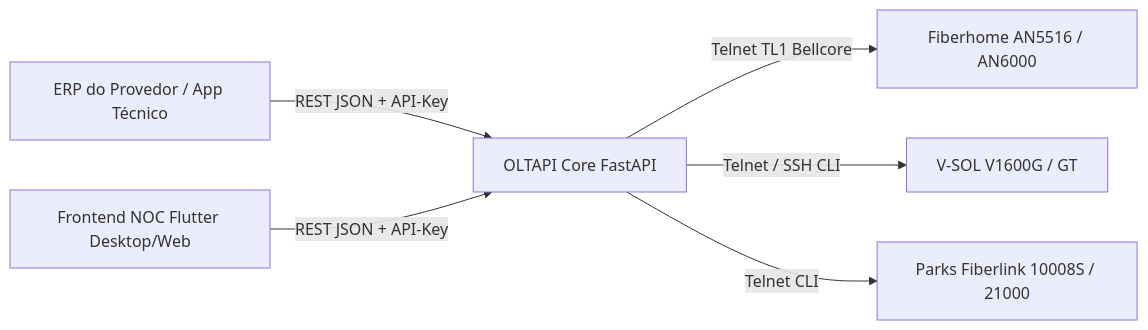
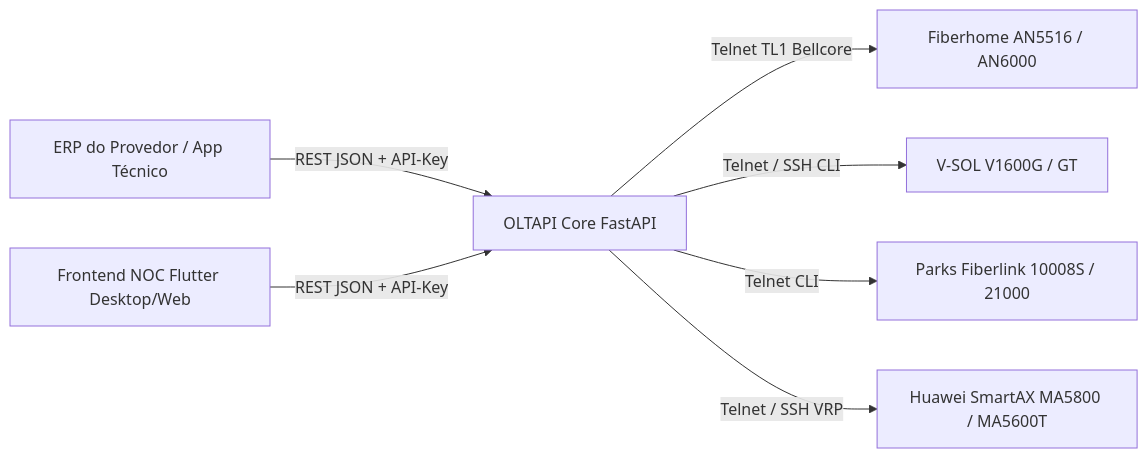
One commit to RuyXingubit/oltapi changed the diagram in docs/index.md. Above: the diagram before and after it, drawn with Mermaid. The commit also changed other lines of this file and 28 other files, not shown here.

Commit message:
feat(huawei): homologate Huawei SmartAX MA5800-X2 driver (Brownfield SmartOLT & Greenfield OLTAPI) and update docs/OpenAPI

````diff
--- a/docs/index.md
+++ b/docs/index.md
@@ -13,8 +13,9 @@
 ```mermaid
 graph LR
     ERP[ERP do Provedor / App Técnico] -->|REST JSON + API-Key| API[OLTAPI Core FastAPI]
     NOC[Frontend NOC Flutter Desktop/Web] -->|REST JSON + API-Key| API
     API -->|Telnet TL1 Bellcore| FH[Fiberhome AN5516 / AN6000]
     API -->|Telnet / SSH CLI| VS[V-SOL V1600G / GT]
     API -->|Telnet CLI| PK[Parks Fiberlink 10008S / 21000]
+    API -->|Telnet / SSH VRP| HW[Huawei SmartAX MA5800 / MA5600T]
 ```
````
